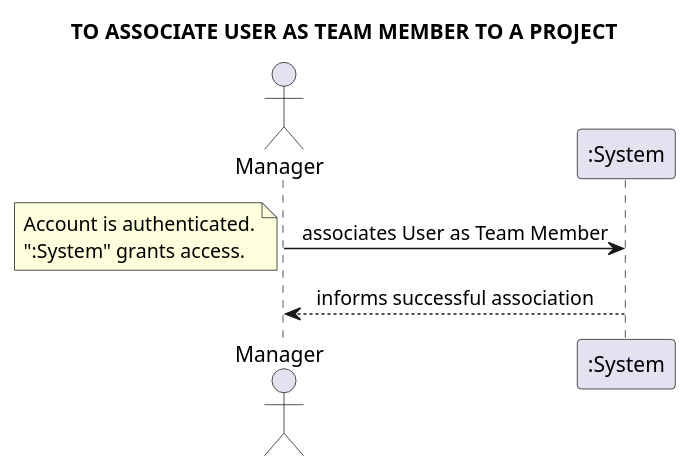
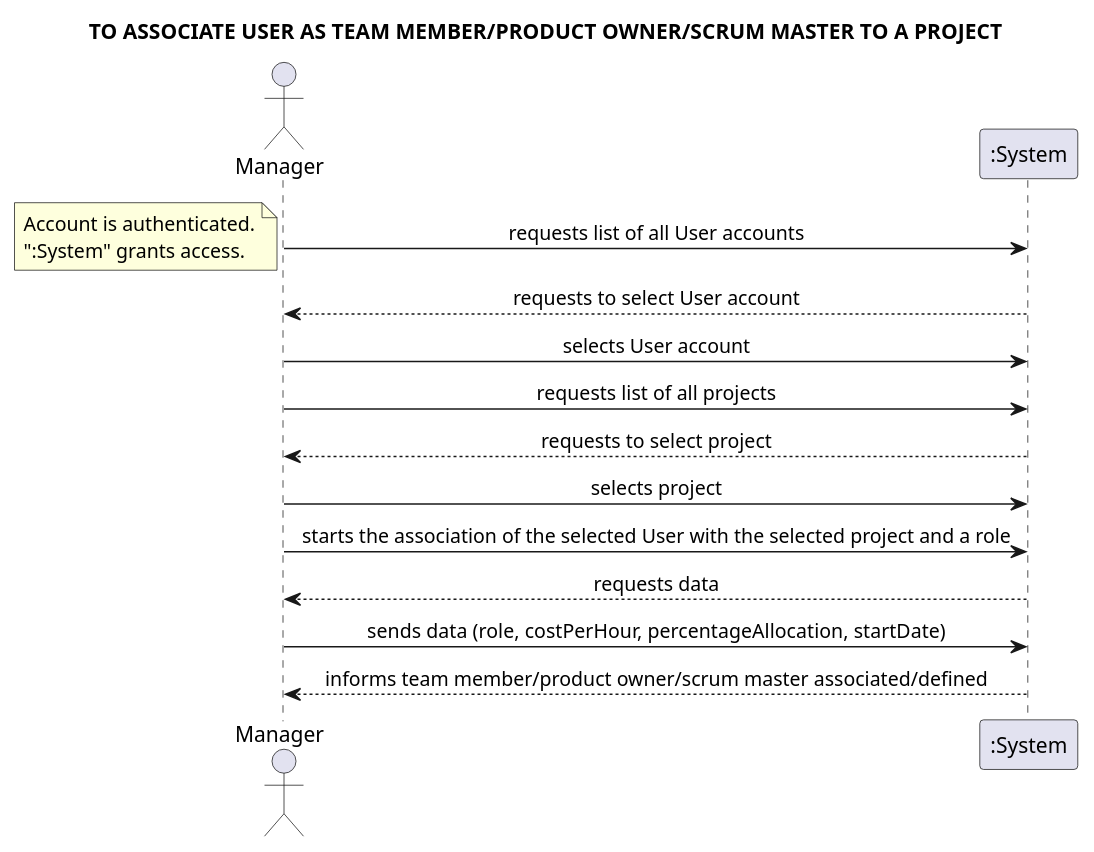
One commit to Loracline/project_switch_22-23 changed diagram 31 of 34 in docs/requirements_gathering/system_sequence_diagrams/systemSequenceDiagram.puml. Above: the diagram before and after it, drawn with PlantUML. The commit also changed other lines of this file and 7 other files, not shown here.

Commit message:
US011, US012, US013 : Design : refinement of class diagram and sequence diagram. Creation of system sequence diagram for these stories. Creation od class diagram for reference diagram ListAllUSers.

```diff
--- a/docs/requirements_gathering/system_sequence_diagrams/systemSequenceDiagram.puml
+++ b/docs/requirements_gathering/system_sequence_diagrams/systemSequenceDiagram.puml
@@ -471,11 +471,19 @@
 @startuml
 skinparam sequenceMessageAlign center
-title TO ASSOCIATE USER AS TEAM MEMBER TO A PROJECT
+title TO ASSOCIATE USER AS TEAM MEMBER/PRODUCT OWNER/SCRUM MASTER TO A PROJECT
 actor "Manager"
-"Manager" -> ":System": associates User as Team Member
+"Manager" -> ":System": requests list of all User accounts
 note left
 Account is authenticated.
 ":System" grants access.
 end note
-"Manager" <-- ":System": informs successful association
+"Manager" <-- ":System": requests to select User account
+"Manager" -> ":System": selects User account
+"Manager" -> ":System": requests list of all projects
+"Manager" <-- ":System": requests to select project
+"Manager" -> ":System": selects project
+"Manager" -> ":System": starts the association of the selected User with the selected project and a role
+"Manager" <-- ":System": requests data
+"Manager" -> ":System": sends data (role, costPerHour, percentageAllocation, startDate)
+"Manager" <-- ":System": informs team member/product owner/scrum master associated/defined
 @enduml
```
